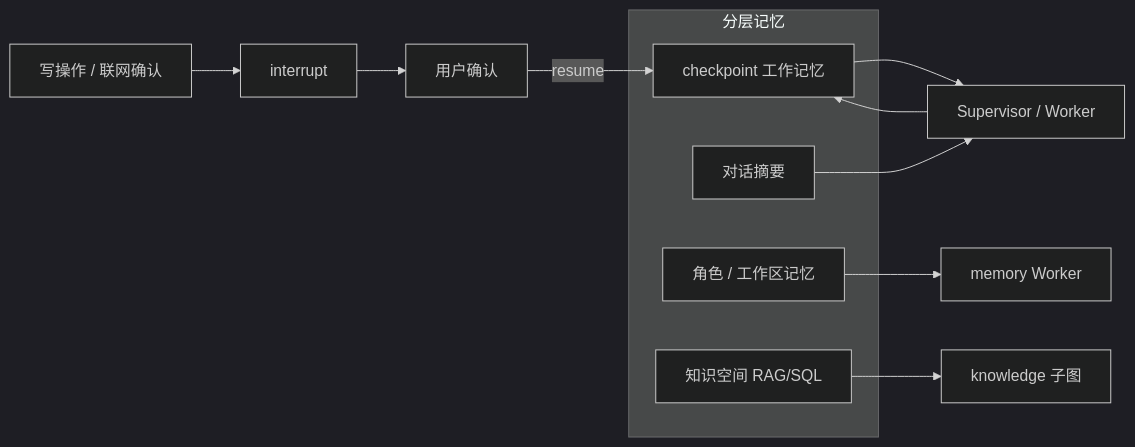
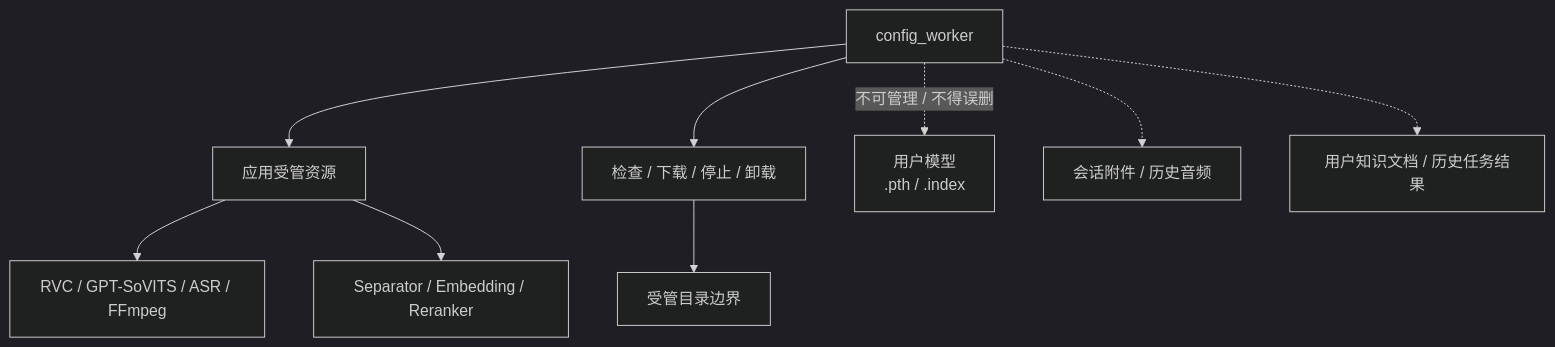
The seventh of 7 diagrams in diagrams/README.md (TKGEKKOU/yumeno), drawn with Mermaid (dark theme) before and after one commit. The commit also changed other lines of this file and 10 other files, not shown here.

Commit message:
docs: refine README and architecture diagrams

````diff
--- a/diagrams/README.md
+++ b/diagrams/README.md
@@ -105,18 +185,13 @@
 ```mermaid
-%% 分层记忆 + HITL 绑定 checkpoint
-flowchart LR
-  subgraph Mem[分层记忆]
-    CK[checkpoint 工作记忆]
-    SUM[对话摘要]
-    PM[角色 / 工作区记忆]
-    KS[知识空间 RAG/SQL]
-  end
-  S[Supervisor / Worker] --> CK
-  CK --> S
-  SUM --> S
-  PM --> MW[memory Worker]
-  KS --> KW[knowledge 子图]
-  Write[写操作 / 联网确认] --> INT[interrupt]
-  INT --> User[用户确认]
-  User -->|resume| CK
+%% config_worker 的资源边界
+flowchart TD
+  C[config_worker] --> MANAGED[应用受管资源]
+  MANAGED --> ENV[RVC / GPT-SoVITS / ASR / FFmpeg]
+  MANAGED --> MODELS[Separator / Embedding / Reranker]
+  C --> ACTION[检查 / 下载 / 停止 / 卸载]
+  ACTION --> ROOT[受管目录边界]
+  C -.不可管理 / 不得误删.-> USER[用户模型
+.pth / .index]
+  C -.-> ATT[会话附件 / 历史音频]
+  C -.-> DOC[用户知识文档 / 历史任务结果]
 ```
````
